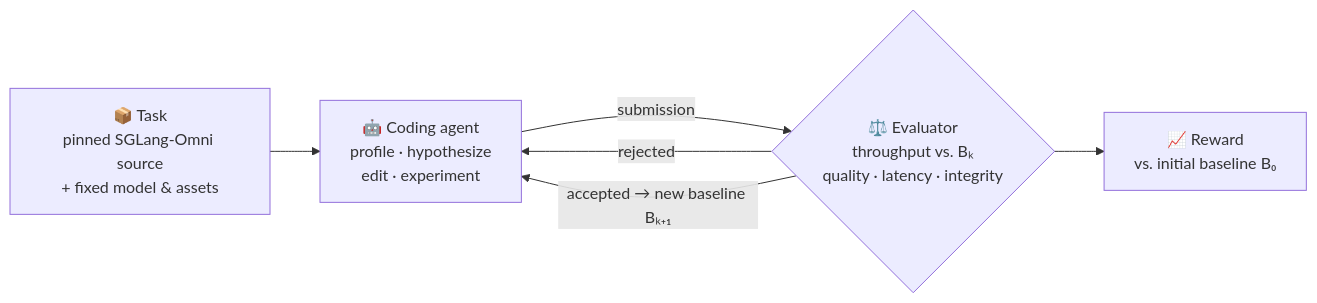
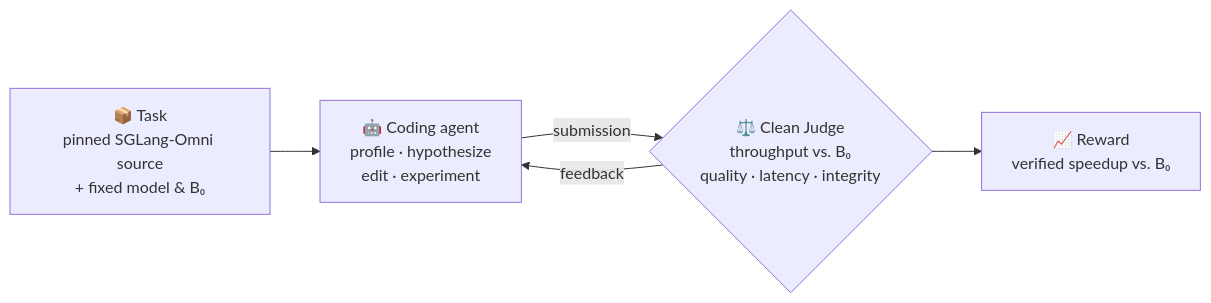
The diagram in README.md (OpenRSI-Foundation/OpenRSI-AI-Infra-Bench), drawn with Mermaid before and after one commit. The commit also changed other lines of this file and 726 other files, not shown here.

Commit message:
feat: reorganize, deduplicate, and harden all 12 native SGLang-Omni Harbor 1.4 benchmarks

````diff
--- a/README.md
+++ b/README.md
@@ -127,9 +107,8 @@
 ```mermaid
 flowchart LR
-    T["📦 Task<br/>pinned SGLang-Omni source<br/>+ fixed model &amp; assets"] --> A
+    T["📦 Task<br/>pinned SGLang-Omni source<br/>+ fixed model &amp; B₀"] --> A
     A["🤖 Coding agent<br/>profile · hypothesize<br/>edit · experiment"] -- submission --> E
-    E{"⚖️ Evaluator<br/>throughput vs. Bₖ<br/>quality · latency · integrity"}
-    E -- "rejected" --> A
-    E -- "accepted → new baseline Bₖ₊₁" --> A
-    E --> R["📈 Reward<br/>vs. initial baseline B₀"]
+    E{"⚖️ Clean Judge<br/>throughput vs. B₀<br/>quality · latency · integrity"}
+    E -- "feedback" --> A
+    E --> R["📈 Reward<br/>verified speedup vs. B₀"]
 ```
````
